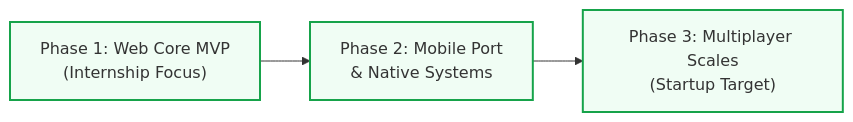
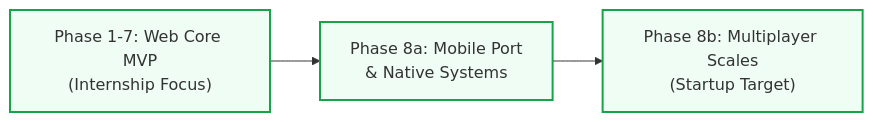
Before and after one commit to LifeSimLabs/financial-literacy-simulator: the seventh of 7 diagrams in docs/engineering/PHASE_WISE_DEVELOPMENT_PLAN.md, drawn with Mermaid. The commit also changed other lines of this file, not shown here.

Commit message:
docs: update development plan with detailed platform strategy, technology stack, and security architecture sections

````diff
--- a/docs/engineering/PHASE_WISE_DEVELOPMENT_PLAN.md
+++ b/docs/engineering/PHASE_WISE_DEVELOPMENT_PLAN.md
@@ -402,7 +766,7 @@
 ```mermaid
 graph LR
     classDef phase fill:#f0fdf4,stroke:#16a34a,stroke-width:2px;
     
-    P1["Phase 1: Web Core MVP<br/>(Internship Focus)"]:::phase --> P2["Phase 2: Mobile Port<br/>& Native Systems"]:::phase
-    P2 --> P3["Phase 3: Multiplayer Scales<br/>(Startup Target)"]:::phase
+    P1["Phase 1-7: Web Core MVP<br/>(Internship Focus)"]:::phase --> P2["Phase 8a: Mobile Port<br/>& Native Systems"]:::phase
+    P2 --> P3["Phase 8b: Multiplayer Scales<br/>(Startup Target)"]:::phase
 ```
````
